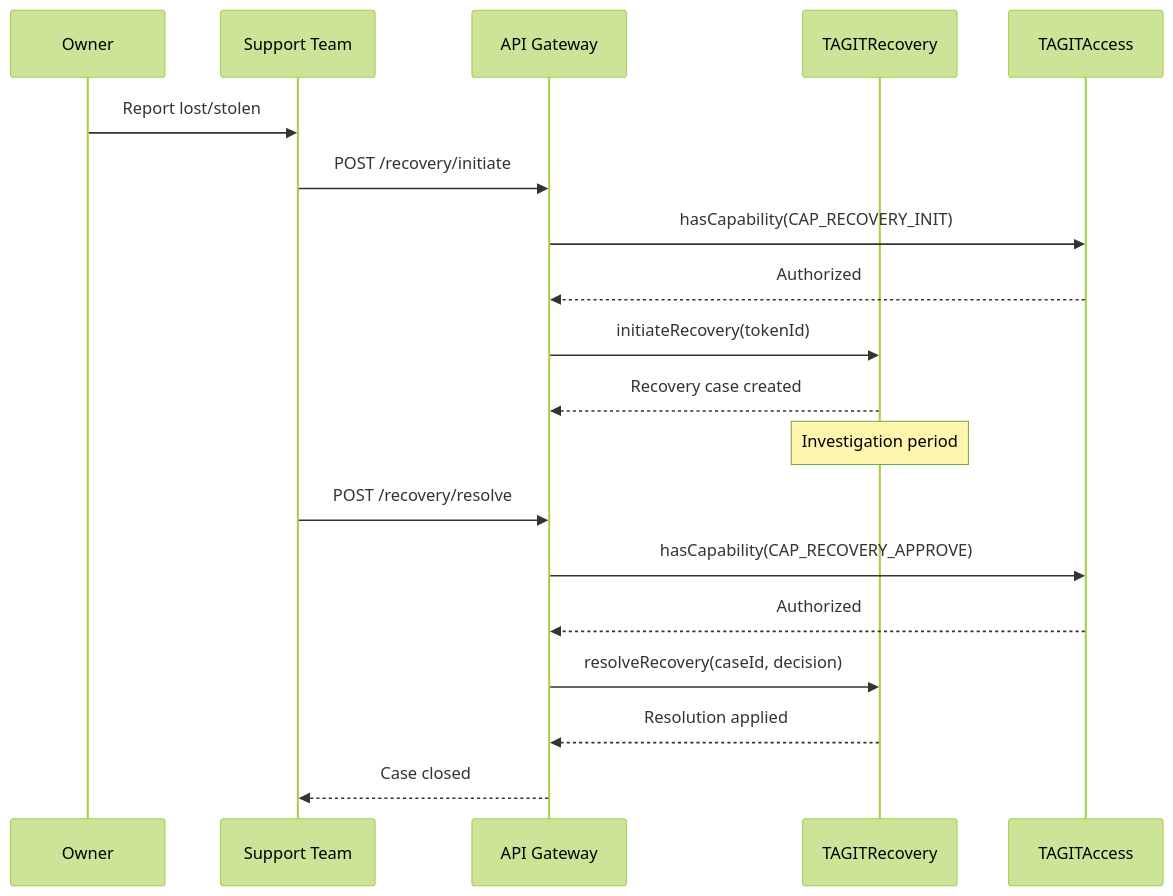
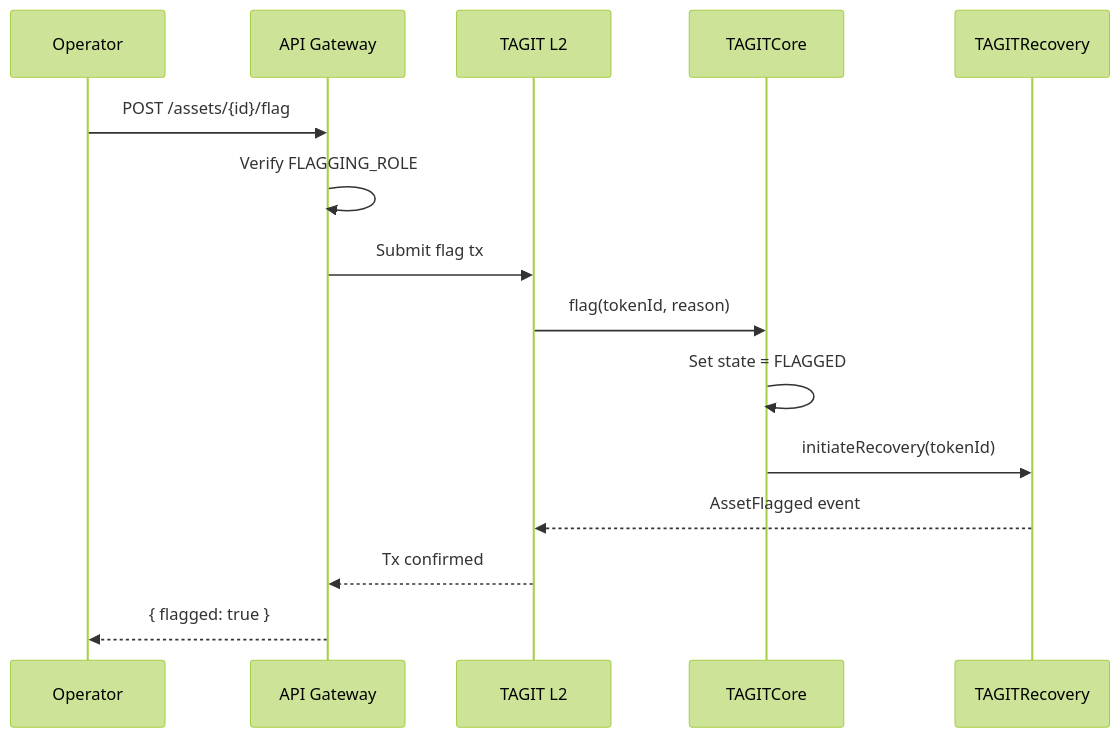
One commit to TAG-IT-NETWORK/tagit-docs changed the sixth of 6 diagrams in docs/architecture/data-flow.md. Above: the diagram before and after it, drawn with Mermaid (forest theme). The commit also changed other lines of this file and 8 other files, not shown here.

First line of the commit message:
docs: Phase 2 Core Scaffold - Architecture, Contracts, Glossary

````diff
--- a/docs/architecture/data-flow.md
+++ b/docs/architecture/data-flow.md
@@ -108,24 +180,18 @@
 ```mermaid
 sequenceDiagram
-    participant Owner
-    participant Support as Support Team
+    participant Operator
     participant API as API Gateway
+    participant L2 as TAGIT L2
+    participant Core as TAGITCore
     participant Recovery as TAGITRecovery
-    participant Access as TAGITAccess
 
-    Owner->>Support: Report lost/stolen
-    Support->>API: POST /recovery/initiate
-    API->>Access: hasCapability(CAP_RECOVERY_INIT)
-    Access-->>API: Authorized
-    API->>Recovery: initiateRecovery(tokenId)
-    Recovery-->>API: Recovery case created
-
-    Note over Recovery: Investigation period
-
-    Support->>API: POST /recovery/resolve
-    API->>Access: hasCapability(CAP_RECOVERY_APPROVE)
-    Access-->>API: Authorized
-    API->>Recovery: resolveRecovery(caseId, decision)
-    Recovery-->>API: Resolution applied
-    API-->>Support: Case closed
+    Operator->>API: POST /assets/{id}/flag
+    API->>API: Verify FLAGGING_ROLE
+    API->>L2: Submit flag tx
+    L2->>Core: flag(tokenId, reason)
+    Core->>Core: Set state = FLAGGED
+    Core->>Recovery: initiateRecovery(tokenId)
+    Recovery-->>L2: AssetFlagged event
+    L2-->>API: Tx confirmed
+    API-->>Operator: { flagged: true }
 ```
````
